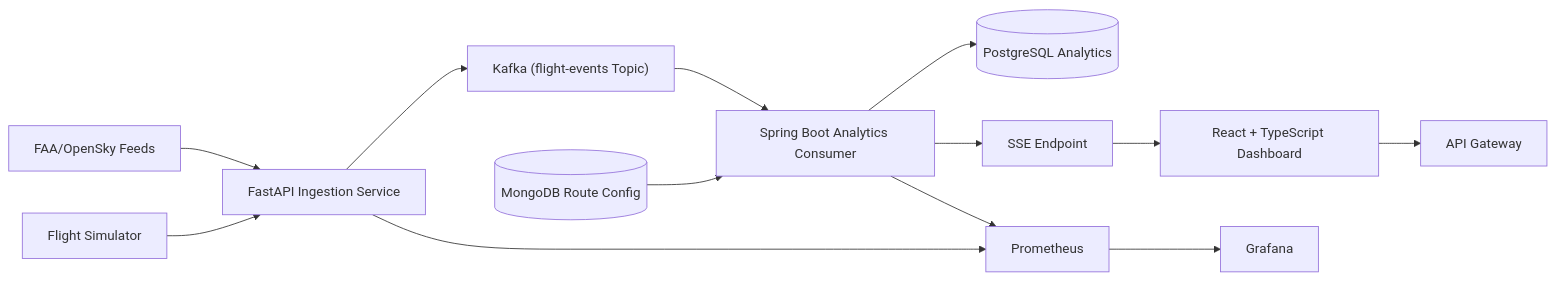
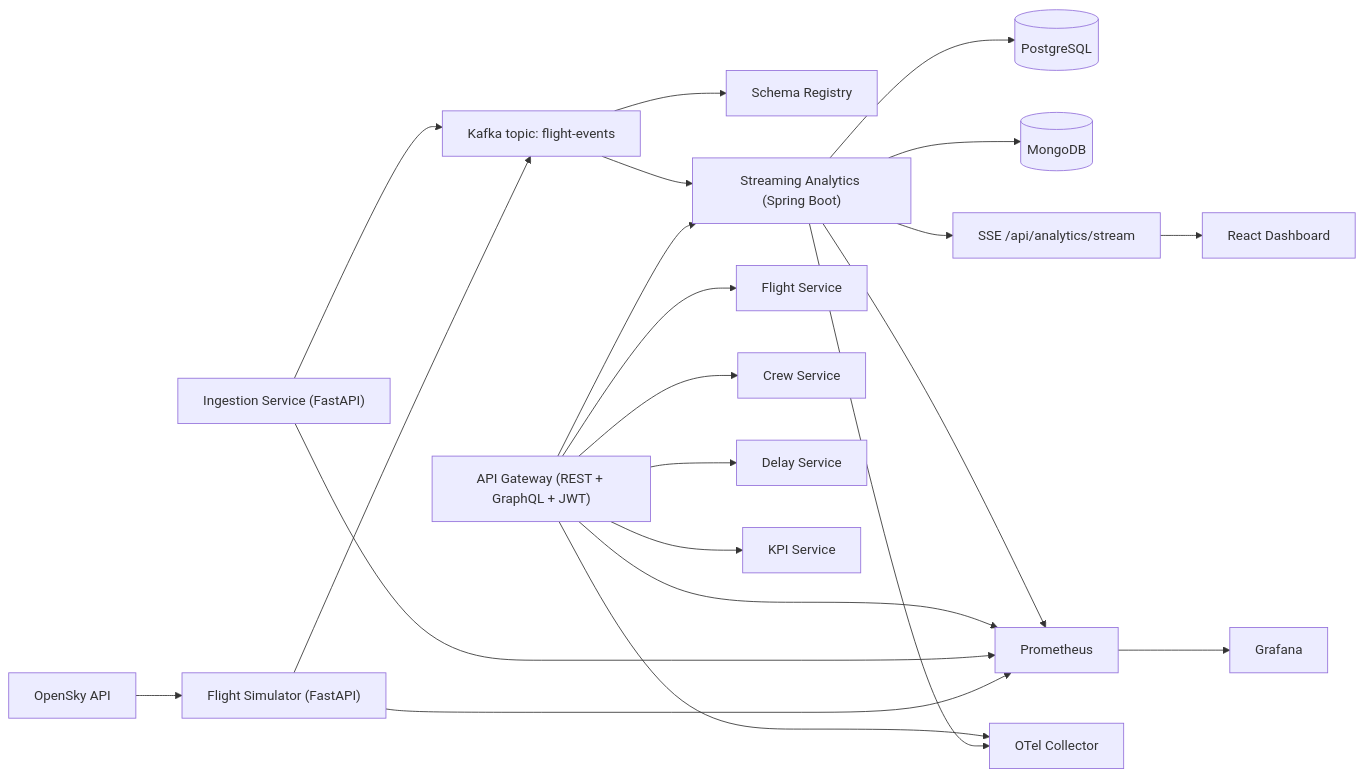
The diagram in README.md (manojpasunoori/Airlines-Operations-Data-Processing-System), drawn with Mermaid before and after one commit. The commit also changed other lines of this file and 4 other files, not shown here.

````diff
--- a/README.md
+++ b/README.md
@@ -52,15 +18,24 @@
 ```mermaid
 flowchart LR
-    FAA["FAA/OpenSky Feeds"] --> ING["FastAPI Ingestion Service"]
-    SIM["Flight Simulator"] --> ING
-    ING --> KAFKA["Kafka (flight-events Topic)"]
-    KAFKA --> STREAM["Spring Boot Analytics Consumer"]
-    STREAM --> PG[(PostgreSQL Analytics)]
-    STREAM --> SSE["SSE Endpoint"]
-    MONGO[(MongoDB Route Config)] --> STREAM
-    SSE --> UI["React + TypeScript Dashboard"]
-    STREAM --> PROM["Prometheus"]
+    OS["OpenSky API"] --> SIM["Flight Simulator (FastAPI)"]
+    ING["Ingestion Service (FastAPI)"] --> KAFKA["Kafka topic: flight-events"]
+    SIM --> KAFKA
+    KAFKA --> SR["Schema Registry"]
+    KAFKA --> SA["Streaming Analytics (Spring Boot)"]
+    SA --> PG[(PostgreSQL)]
+    SA --> MG[(MongoDB)]
+    SA --> SSE["SSE /api/analytics/stream"]
+    GW["API Gateway (REST + GraphQL + JWT)"] --> FS["Flight Service"]
+    GW --> CS["Crew Service"]
+    GW --> DS["Delay Service"]
+    GW --> KS["KPI Service"]
+    GW --> SA
+    SSE --> UI["React Dashboard"]
+    SA --> PROM["Prometheus"]
+    GW --> PROM
     ING --> PROM
-    UI --> GW["API Gateway"]
+    SIM --> PROM
     PROM --> GRAF["Grafana"]
+    GW --> OTEL["OTel Collector"]
+    SA --> OTEL
 ```
````
